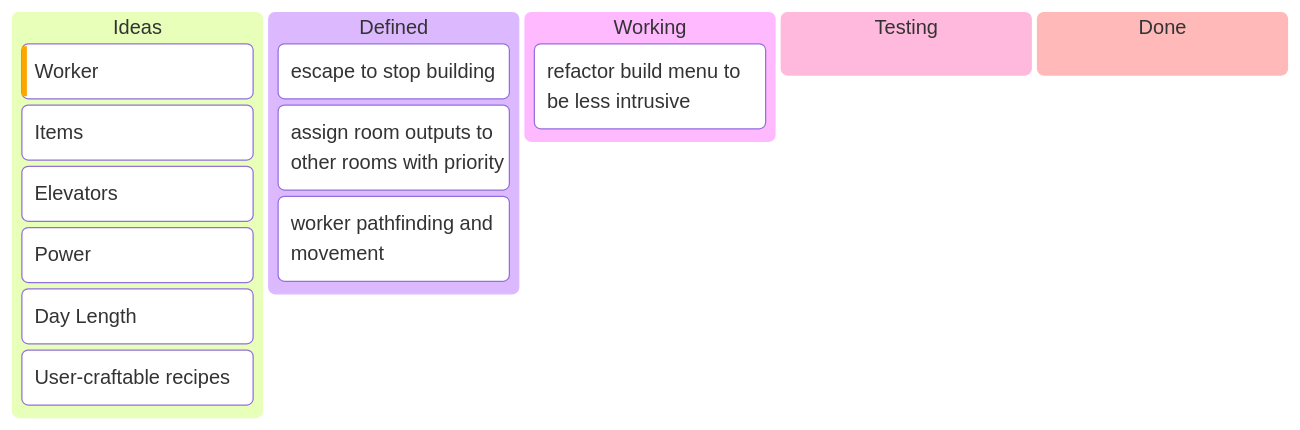
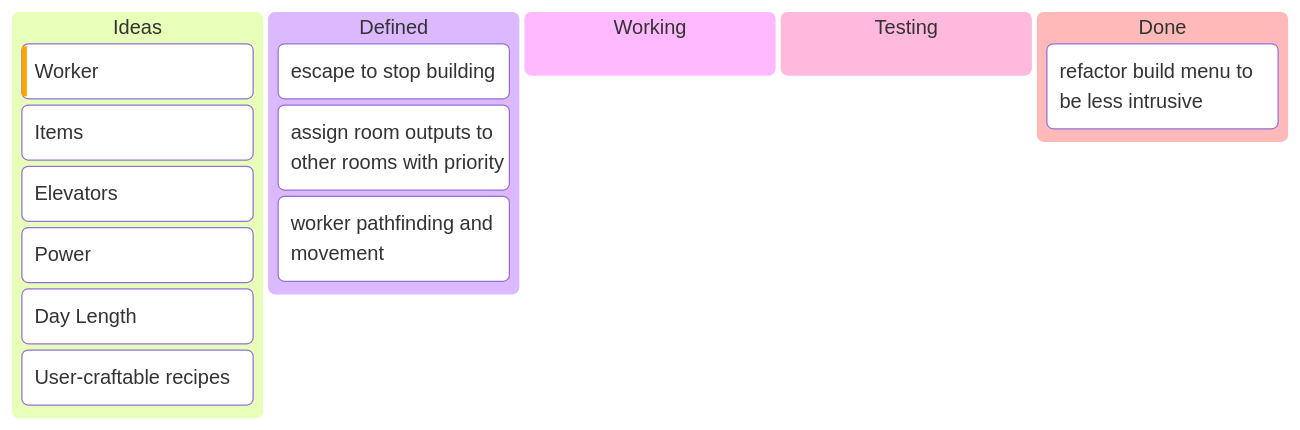
One commit to sagecottrell/wizard-tower changed the first of 2 diagrams in TODO.md. Above: the diagram before and after it, drawn with Mermaid. The commit also changed other lines of this file and 12 other files, not shown here.

Commit message:
hides the build menu until the build key is pressed

````diff
--- a/TODO.md
+++ b/TODO.md
@@ -5,20 +5,20 @@
 ```mermaid
 
 kanban
     idea[Ideas]
         [Worker]@{priority: 'High'}
         [Items]
         [Elevators]
         [Power]
         [Day Length]
         [User-craftable recipes]
     defined[Defined]
         [escape to stop building]
         [assign room outputs to other rooms with priority]
         [worker pathfinding and movement]
     wip[Working]
-        [refactor build menu to be less intrusive]
     test[Testing]
     done[Done]
+        [refactor build menu to be less intrusive]
 
 ```
````
